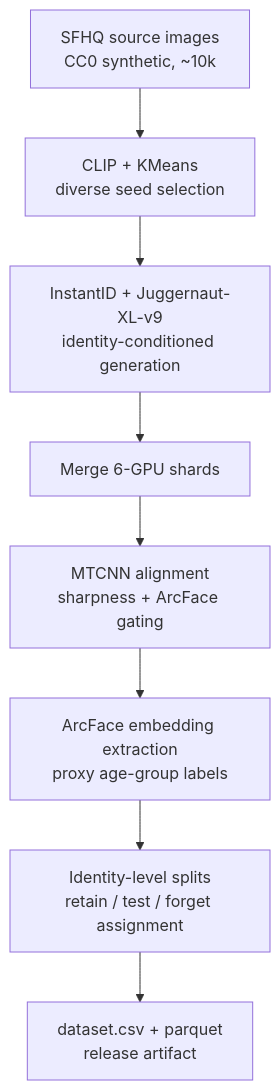
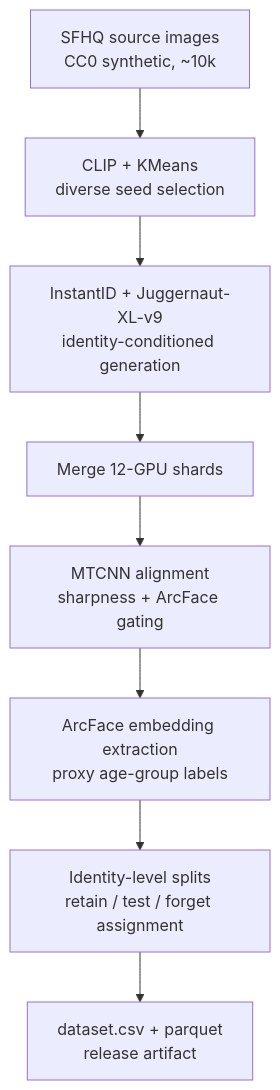
Before and after one commit to FaizPalwala/virtual-id-gen: the diagram in README.md, drawn with Mermaid. The commit also changed other lines of this file, not shown here.

Commit message:
docs: 12 shards in README (12×50=600, ~12 hr vs ~28 hr)

````diff
--- a/README.md
+++ b/README.md
@@ -52,10 +52,10 @@
 ```mermaid
 flowchart TD
     A[SFHQ source images<br/>CC0 synthetic, ~10k] --> B[CLIP + KMeans<br/>diverse seed selection]
     B --> C[InstantID + Juggernaut-XL-v9<br/>identity-conditioned generation]
-    C --> D[Merge 6-GPU shards]
+    C --> D[Merge 12-GPU shards]
     D --> E[MTCNN alignment<br/>sharpness + ArcFace gating]
     E --> F[ArcFace embedding extraction<br/>proxy age-group labels]
     F --> G[Identity-level splits<br/>retain / test / forget assignment]
     G --> H[dataset.csv + parquet<br/>release artifact]
 ```
````
